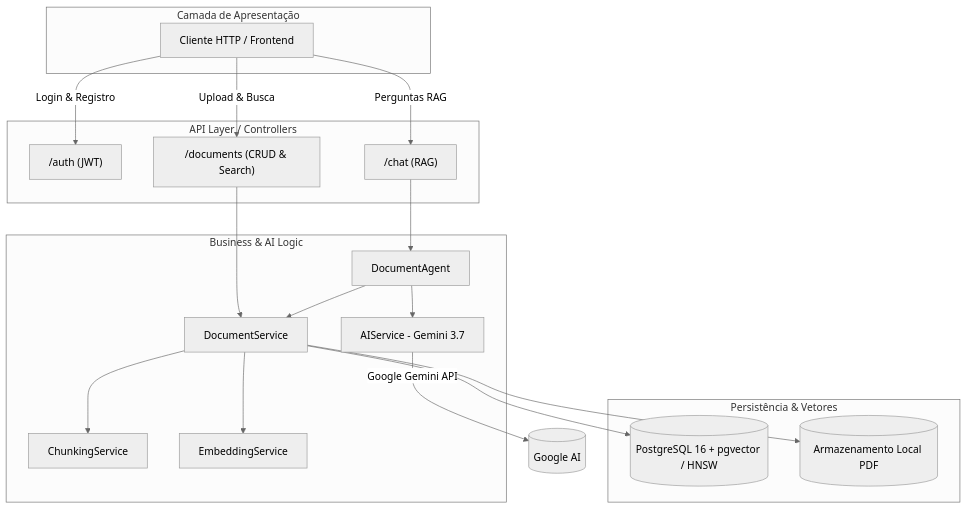
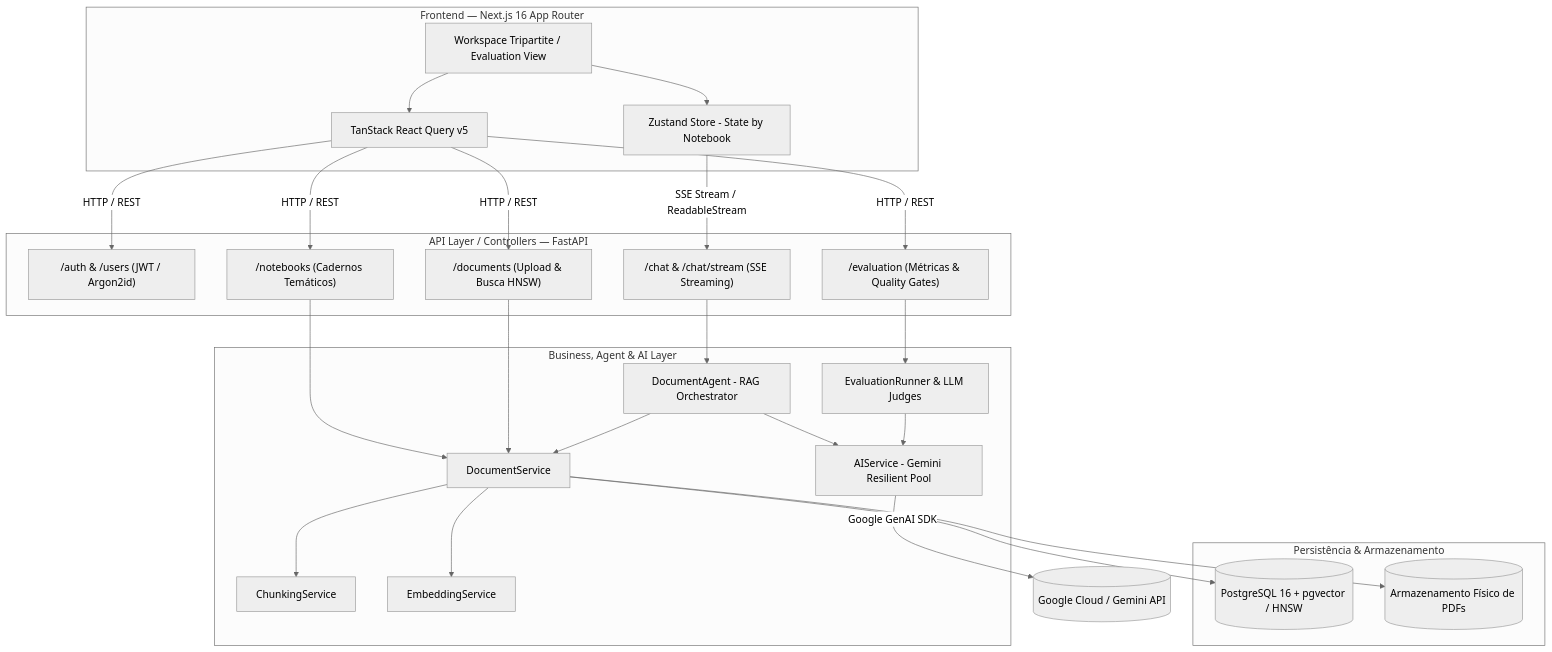
Before and after one commit to WMatias-Dev/document-ai-platform: the first of 2 diagrams in readme.md, drawn with Mermaid (neutral theme). The commit also changed other lines of this file, not shown here.

First line of the commit message:
docs: atualizar README com stack frontend Next.js 16, streaming SSE e RAG evaluation v1.2

````diff
--- a/readme.md
+++ b/readme.md
@@ -29,41 +47,53 @@
 ```mermaid
 flowchart TB
-    subgraph ClientLayer [Camada de Apresentação]
-        UserClient[Cliente HTTP / Frontend]
+    subgraph FrontendLayer [Frontend — Next.js 16 App Router]
+        UI[Workspace Tripartite / Evaluation View]
+        ZustandStore[Zustand Store - State by Notebook]
+        ReactQuery[TanStack React Query v5]
+        UI --> ZustandStore
+        UI --> ReactQuery
     end
 
-    subgraph APILayer [API Layer / Controllers]
-        AuthRouter["/auth (JWT)"]
-        DocRouter["/documents (CRUD & Search)"]
-        ChatRouter["/chat (RAG)"]
+    subgraph APILayer [API Layer / Controllers — FastAPI]
+        AuthRouter["/auth & /users (JWT / Argon2id)"]
+        NotebookRouter["/notebooks (Cadernos Temáticos)"]
+        DocRouter["/documents (Upload & Busca HNSW)"]
+        ChatRouter["/chat & /chat/stream (SSE Streaming)"]
+        EvalRouter["/evaluation (Métricas & Quality Gates)"]
     end
 
-    subgraph ServiceLayer [Business & AI Logic]
+    subgraph ServiceLayer [Business, Agent & AI Layer]
         DocService[DocumentService]
         ChunkService[ChunkingService]
         EmbedService[EmbeddingService]
-        Agent[DocumentAgent]
-        AIService[AIService - Gemini 3.7]
+        Agent[DocumentAgent - RAG Orchestrator]
+        AIService[AIService - Gemini Resilient Pool]
+        EvalRunner[EvaluationRunner & LLM Judges]
     end
 
-    subgraph DataLayer [Persistência & Vetores]
+    subgraph DataLayer [Persistência & Armazenamento]
         DB[(PostgreSQL 16 + pgvector / HNSW)]
-        Disk[(Armazenamento Local PDF)]
+        Disk[(Armazenamento Físico de PDFs)]
     end
 
-    UserClient -->|Login & Registro| AuthRouter
-    UserClient -->|Upload & Busca| DocRouter
-    UserClient -->|Perguntas RAG| ChatRouter
+    ReactQuery -->|HTTP / REST| AuthRouter
+    ReactQuery -->|HTTP / REST| NotebookRouter
+    ReactQuery -->|HTTP / REST| DocRouter
+    ReactQuery -->|HTTP / REST| EvalRouter
+    ZustandStore -->|SSE Stream / ReadableStream| ChatRouter
 
+    NotebookRouter --> DocService
     DocRouter --> DocService
     ChatRouter --> Agent
+    EvalRouter --> EvalRunner
 
     DocService --> ChunkService
     DocService --> EmbedService
     DocService --> DB
     DocService --> Disk
 
     Agent --> DocService
     Agent --> AIService
-    AIService -->|Google Gemini API| GeminiCloud[(Google AI)]
+    EvalRunner --> AIService
+    AIService -->|Google GenAI SDK| GeminiAPI[(Google Cloud / Gemini API)]
 ```
````
